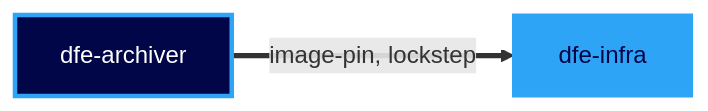
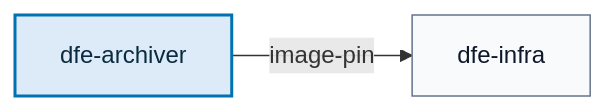
Before and after one commit to hyperi-io/dfe-infra: diagram 16 of 19 in docs/suite-graph.md, drawn with Mermaid. The commit also changed other lines of this file and 5 other files, not shown here.

First line of the commit message:
fix(suite-graph): draw the suite diagrams to the diagram standard

````diff
--- a/docs/suite-graph.md
+++ b/docs/suite-graph.md
@@ -330,8 +481,14 @@
 ```mermaid
 flowchart LR
-  dfe_archiver["dfe-archiver"]:::producer
-  dfe_infra["dfe-infra"]:::suite
-  dfe_archiver ==>|image-pin, lockstep| dfe_infra
-  classDef suite fill:#2EA4F6,stroke:#2EA4F6,stroke-width:2px,color:#000647
-  classDef producer fill:#000647,stroke:#2EA4F6,stroke-width:3px,color:#FFFFFF
+    accTitle: L4 Detail -- dfe-archiver build cycle
+    accDescr: A dfe-archiver release puts 1 consumer in motion. dfe-infra takes image-pin.
+
+    dfe_archiver["dfe-archiver"]
+    dfe_infra["dfe-infra"]
+
+    dfe_archiver -->|image-pin| dfe_infra
+
+    classDef default fill:#F8FAFC,stroke:#64748B,stroke-width:1px,color:#0F172A
+    classDef core fill:#DCEBF7,stroke:#0072B2,stroke-width:2px,color:#0B2A3F
+    class dfe_archiver core
 ```
````
